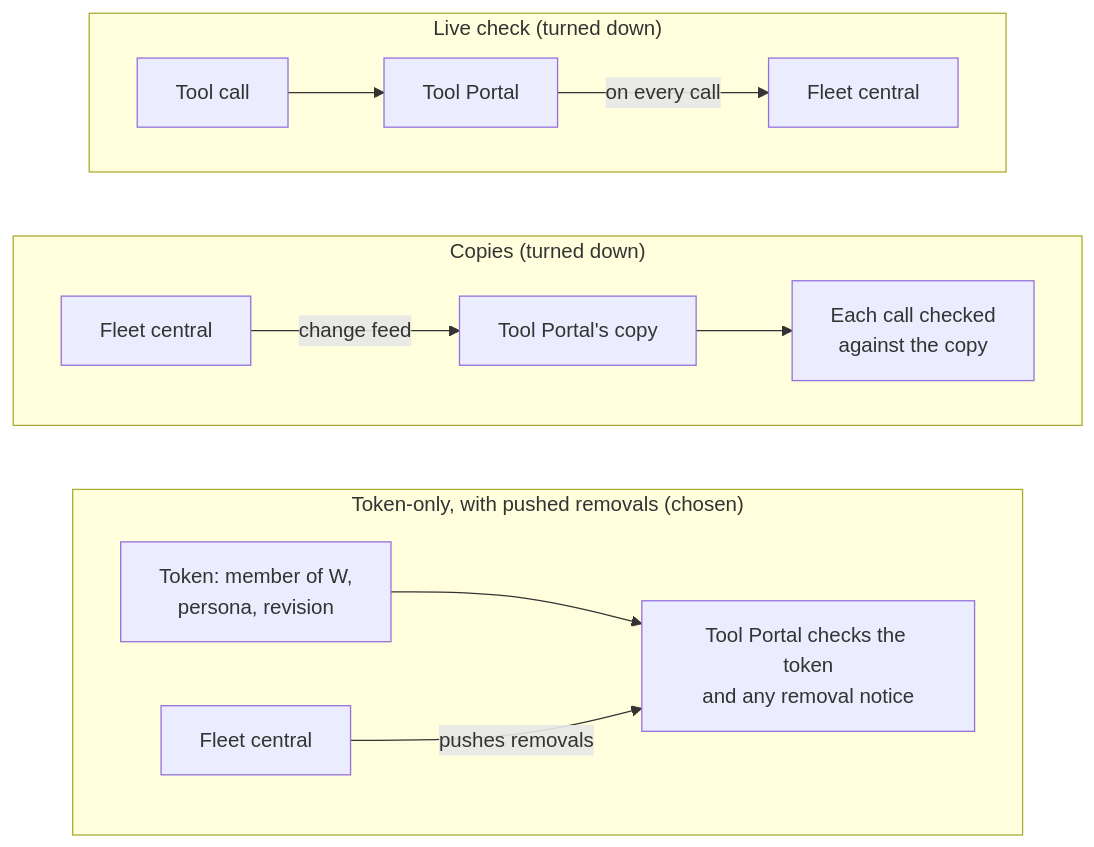
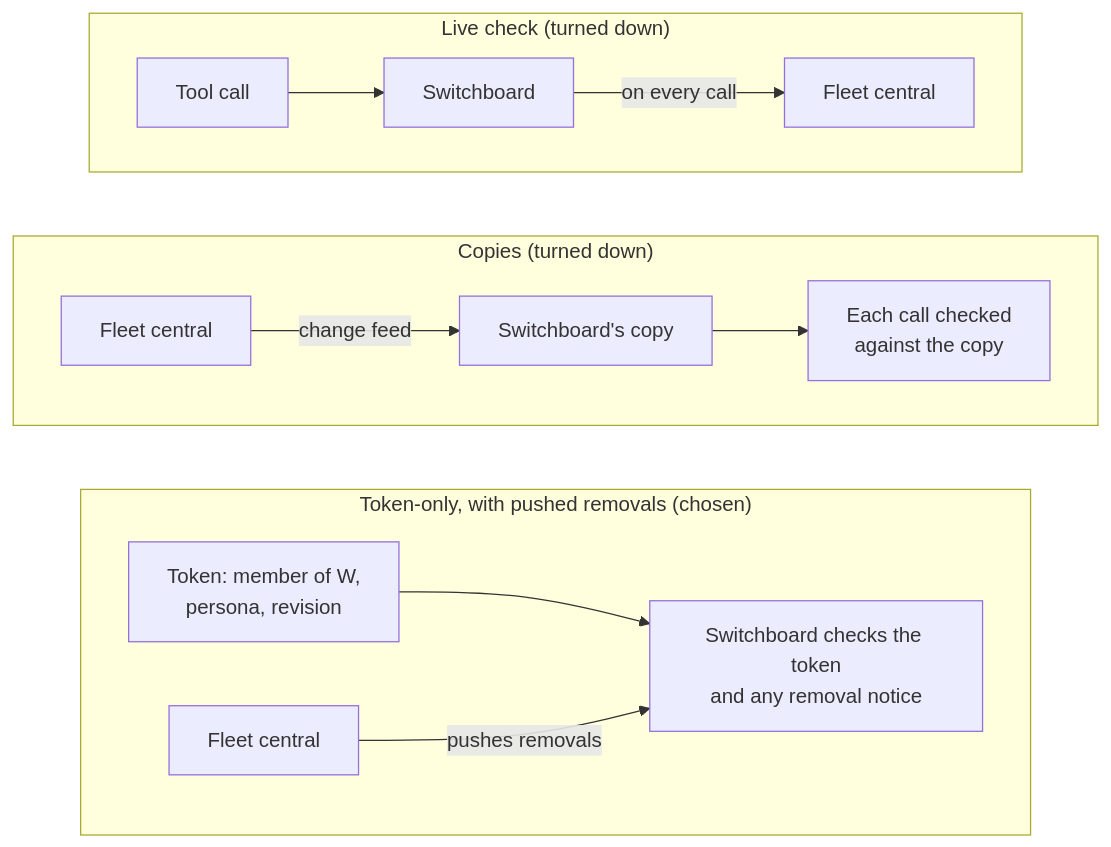
Before and after one commit to ShravanSunder/agent-vm: the fourth of 16 diagrams in docs/specs/2026-10-24-agent-identity/alternatives.md, drawn with Mermaid. The commit also changed other lines of this file and 61 other files, not shown here.

Commit message:
OD12 decided (owner, 2026-10-28): the Tool Portal is named Switchboard across the current design sets and pages; code spans, quotes and older documents unchanged; renamed heading anchors and an old remediation link repaired

````diff
--- a/docs/specs/2026-10-24-agent-identity/alternatives.md
+++ b/docs/specs/2026-10-24-agent-identity/alternatives.md
@@ -122,17 +122,17 @@
 ```mermaid
 flowchart TB
   subgraph L["Live check (turned down)"]
     direction LR
-    L1["Tool call"] --> L2["Tool Portal"] -- on every call --> L3["Fleet central"]
+    L1["Tool call"] --> L2["Switchboard"] -- on every call --> L3["Fleet central"]
   end
   subgraph CP["Copies (turned down)"]
     direction LR
-    CP1["Fleet central"] -- change feed --> CP2["Tool Portal's copy"] --> CP3["Each call checked<br/>against the copy"]
+    CP1["Fleet central"] -- change feed --> CP2["Switchboard's copy"] --> CP3["Each call checked<br/>against the copy"]
   end
   subgraph T["Token-only, with pushed removals (chosen)"]
     direction LR
-    T1["Token: member of W,<br/>persona, revision"] --> T2["Tool Portal checks the token<br/>and any removal notice"]
+    T1["Token: member of W,<br/>persona, revision"] --> T2["Switchboard checks the token<br/>and any removal notice"]
     T3["Fleet central"] -- pushes removals --> T2
   end
   L ~~~ CP ~~~ T
 ```
````
